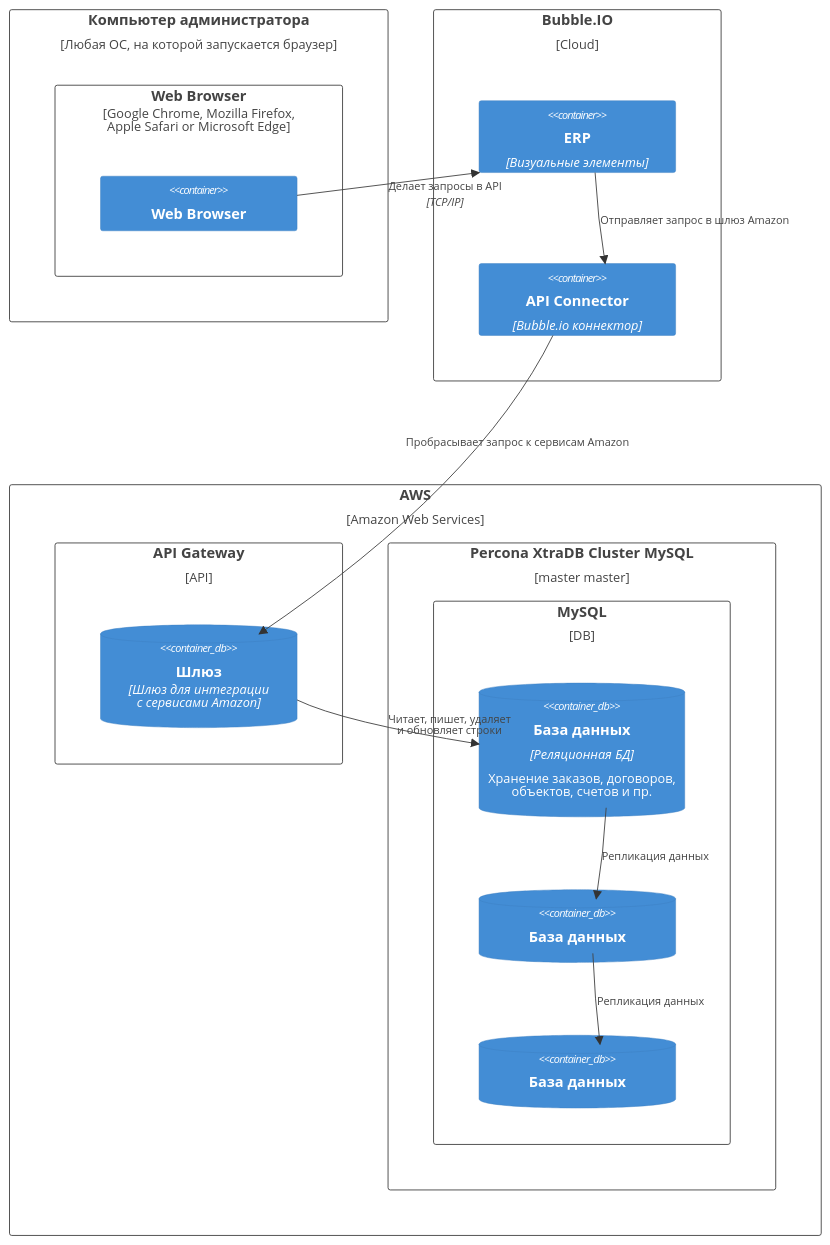
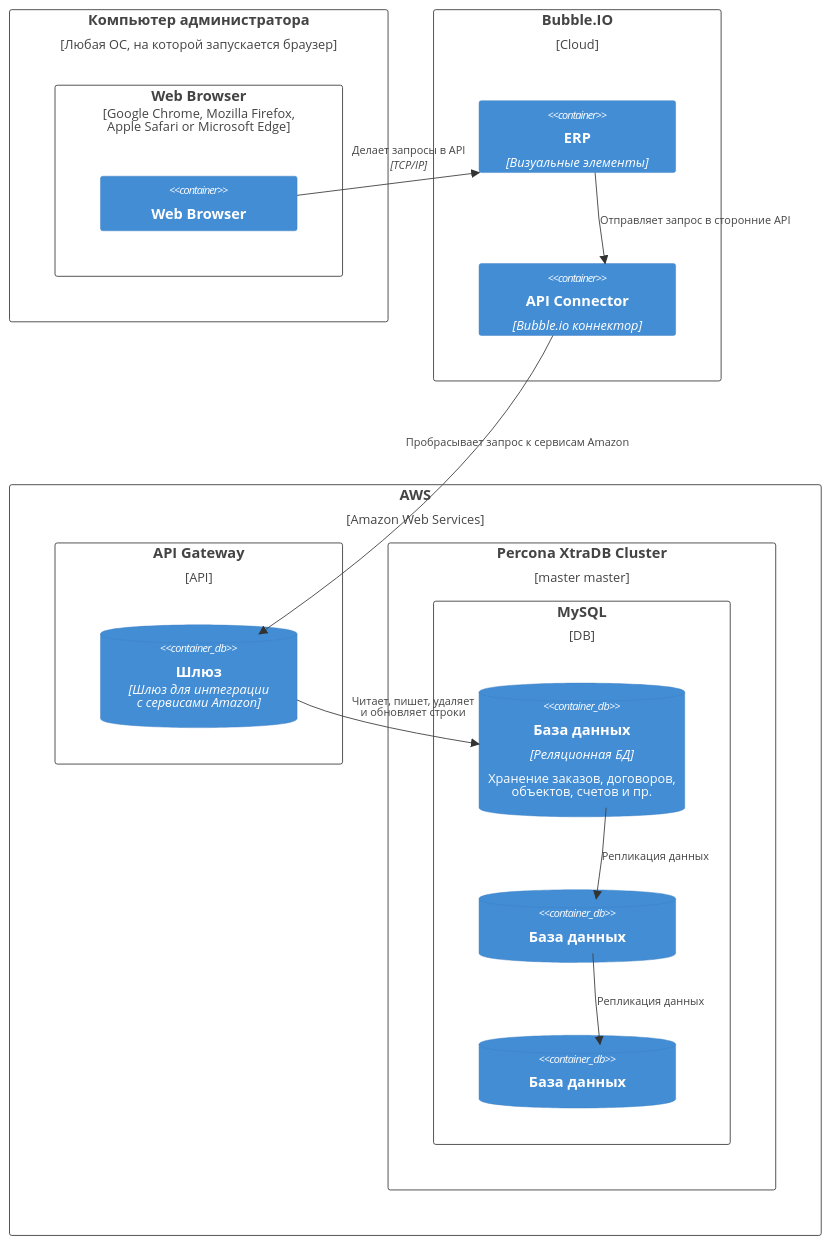
One commit to ContinentalGuy/otus-arch changed the fourth of 4 diagrams in project/adr_3.md. Above: the diagram before and after it, drawn with Mermaid. The commit also changed other lines of this file and 1 other file, not shown here.

````diff
--- a/project/adr_3.md
+++ b/project/adr_3.md
@@ -63,35 +162,36 @@
 ```mermaid
 C4Deployment
     Deployment_Node(comp, "Компьютер администратора", "Любая ОС, на которой запускается браузер") {
         Deployment_Node(browser, "Web Browser", "Google Chrome, Mozilla Firefox,<br/> Apple Safari or Microsoft Edge") {
             Container(client, "Web Browser", "", "")
         }
     }
 
     Deployment_Node(plc, "Bubble.IO", "Cloud") {
         Container(api, "ERP", "Визуальные элементы")
         Container(connector, "API Connector", "Bubble.io коннектор")
     }
-    
-    Deployment_Node(aws, "AWS", "Amazon Web Services"){
+
+    Deployment_Node(aws, "AWS", "Amazon Web Services") {
         Deployment_Node(a_gateway, "API Gateway", "API") {
             ContainerDb(gateway, "Шлюз", "Шлюз для интеграции <br>с сервисами Amazon")
         }
-        Deployment_Node(cluster, "Percona XtraDB Cluster MySQL", "master master") {
+        Deployment_Node(cluster, "Percona XtraDB Cluster", "master master") {
             Deployment_Node(mysql_a, "MySQL", "DB") {
                 ContainerDb(db, "База данных", "Реляционная БД", "Хранение заказов, договоров, <br> объектов, счетов и пр.")
                 ContainerDb(db_1, "База данных")
                 ContainerDb(db_2, "База данных")
             }
         }
     }
 
     Rel(client, api, "Делает запросы в API", "TCP/IP")
-    Rel(api, connector, "Отправляет запрос в шлюз Amazon", "")
+    Rel(api, connector, "Отправляет запрос в сторонние API", "")
     Rel(connector, gateway, "Пробрасывает запрос к сервисам Amazon", "")
     Rel(gateway, db, "Читает, пишет, удаляет <br> и обновляет строки", "")
     Rel(db, db_1, "Репликация данных", "")
     Rel(db_1, db_2, "Репликация данных", "")
-    
     UpdateRelStyle(connector, gateway, $offsetY="-50")
+    UpdateRelStyle(gateway, db, $offsetX="-40", $offsetY="-20")
+    UpdateRelStyle(client, api, $offsetX="-40", $offsetY="-40")
 ```
````
